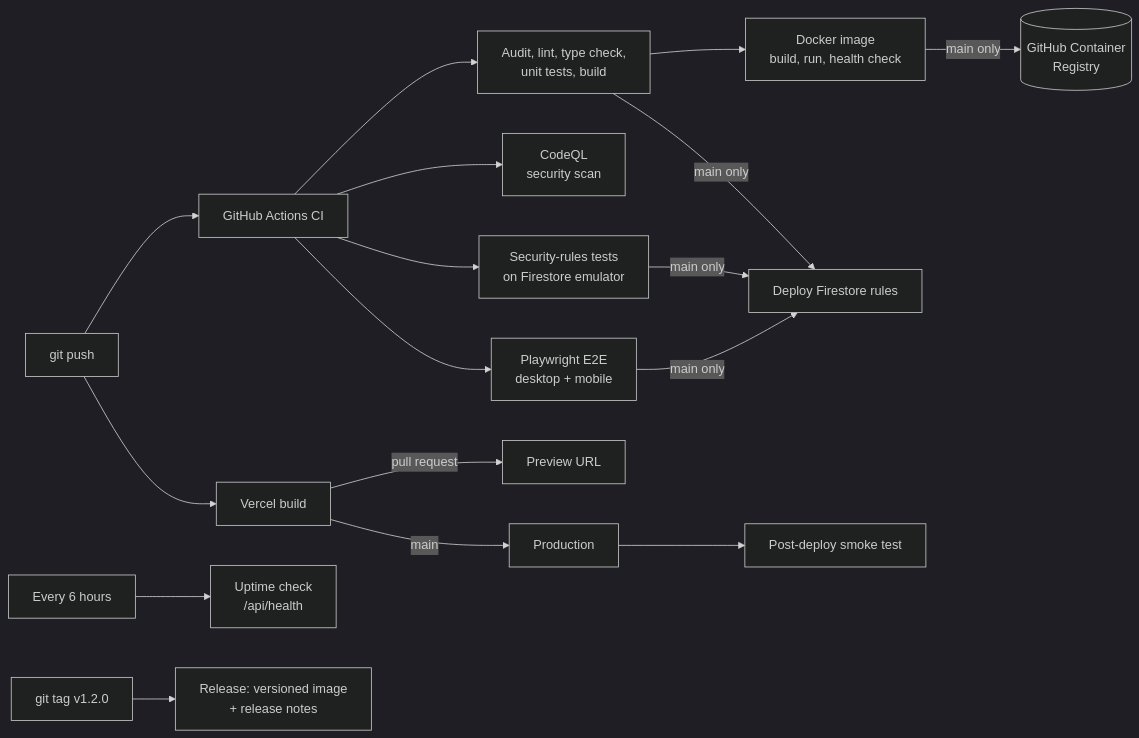
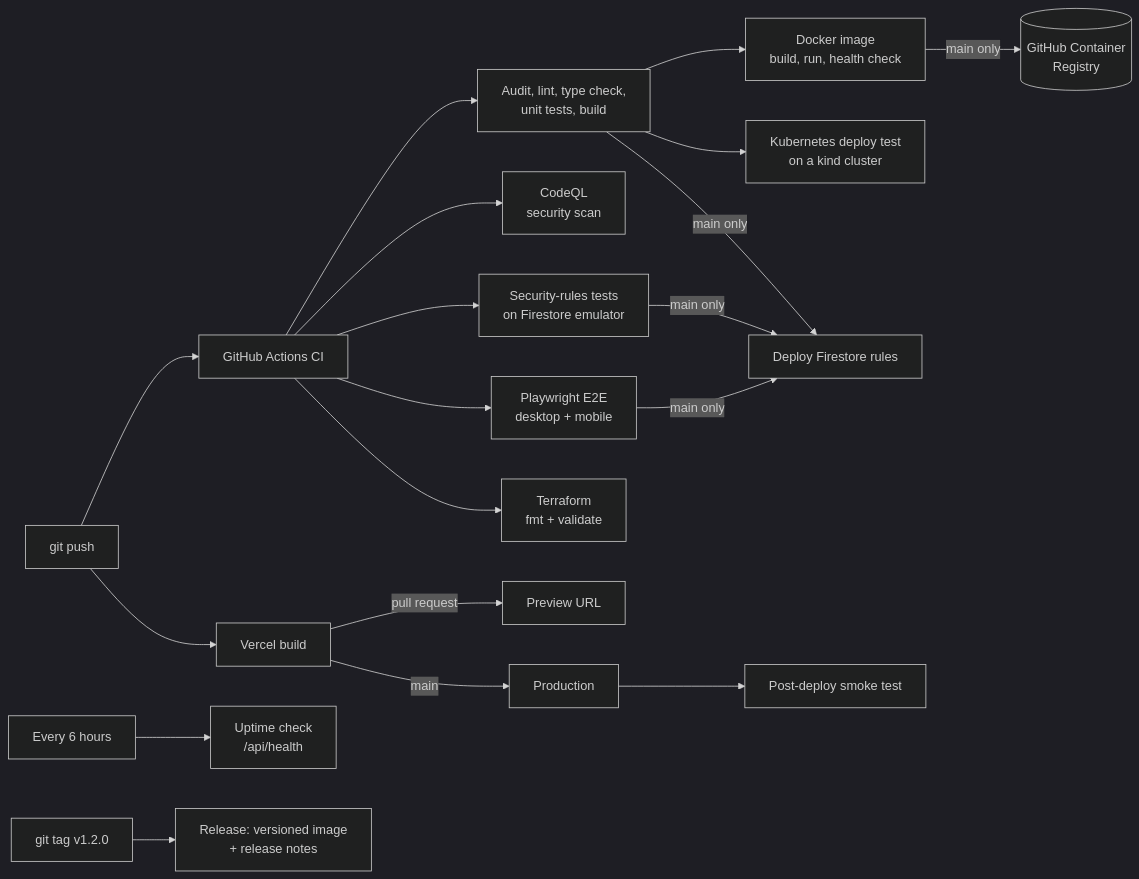
The second of 2 diagrams in README.md (vishi-vishnu/projectdesk), drawn with Mermaid (dark theme) before and after one commit. The commit also changed other lines of this file and 20 other files, not shown here.

First line of the commit message:
feat(devops): Kubernetes manifests tested on kind in CI, Terraform for the Vercel project

````diff
--- a/README.md
+++ b/README.md
@@ -140,17 +142,19 @@
 ```mermaid
 flowchart LR
     A[git push] --> B[GitHub Actions CI]
     B --> C[Audit, lint, type check,<br/>unit tests, build]
     B --> S[CodeQL<br/>security scan]
     B --> D[Security-rules tests<br/>on Firestore emulator]
     B --> E[Playwright E2E<br/>desktop + mobile]
     C --> F[Docker image<br/>build, run, health check]
+    C --> KC[Kubernetes deploy test<br/>on a kind cluster]
+    B --> TF[Terraform<br/>fmt + validate]
     F -->|main only| G[(GitHub Container<br/>Registry)]
     C & D & E -->|main only| H[Deploy Firestore rules]
     A --> I[Vercel build]
     I -->|pull request| J[Preview URL]
     I -->|main| K[Production]
     K --> L[Post-deploy smoke test]
     M[Every 6 hours] --> N[Uptime check<br/>/api/health]
     T[git tag v1.2.0] --> R[Release: versioned image<br/>+ release notes]
 ```
````
